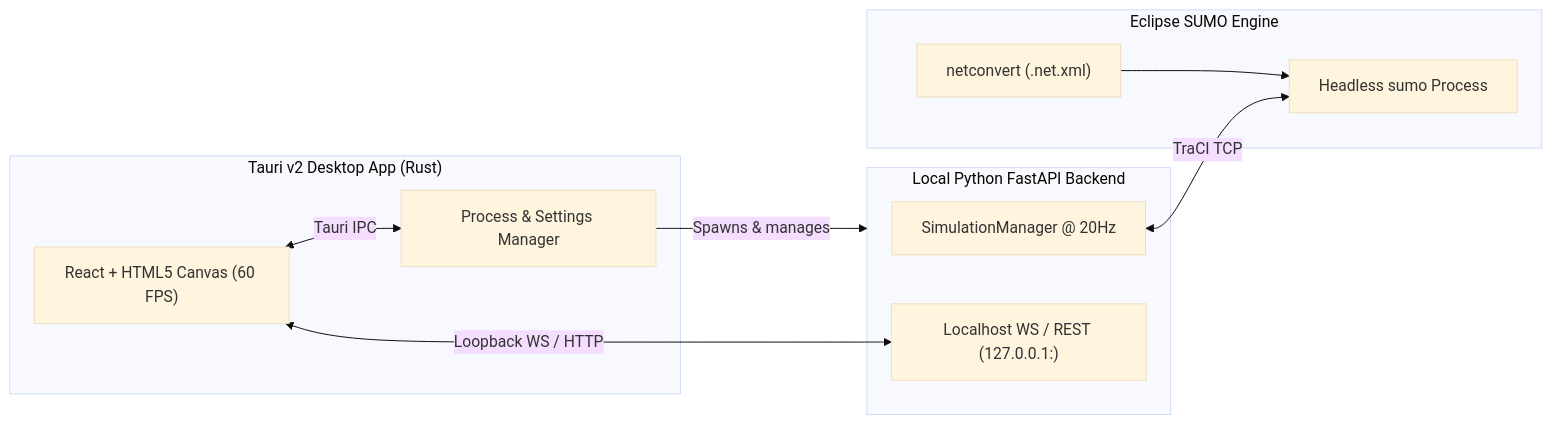
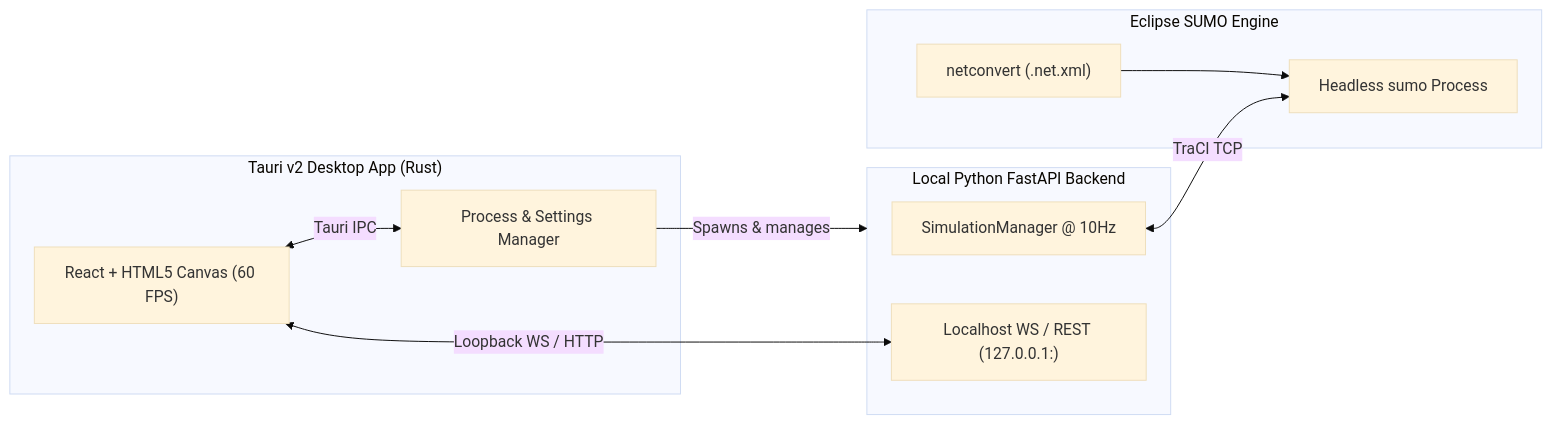
The diagram in README.md (vkivaturi/traffis), drawn with Mermaid (base theme) before and after one commit. The commit also changed other lines of this file and 14 other files, not shown here.

````diff
--- a/README.md
+++ b/README.md
@@ -17,21 +17,21 @@
 ```mermaid
 graph LR
     subgraph Tauri["Tauri v2 Desktop App (Rust)"]
         SHELL["Process & Settings Manager"]
         UI["React + HTML5 Canvas (60 FPS)"]
     end
 
     subgraph Backend["Local Python FastAPI Backend"]
-        SM["SimulationManager @ 20Hz"]
+        SM["SimulationManager @ 10Hz"]
         WS["Localhost WS / REST (127.0.0.1:<port>)"]
     end
 
     subgraph SUMO["Eclipse SUMO Engine"]
         NET["netconvert (.net.xml)"] --> SB["Headless sumo Process"]
     end
 
     SHELL -->|Spawns & manages| Backend
     UI <-->|Tauri IPC| SHELL
     UI <-->|Loopback WS / HTTP| WS
     SM <-->|TraCI TCP| SB
 ```
````
